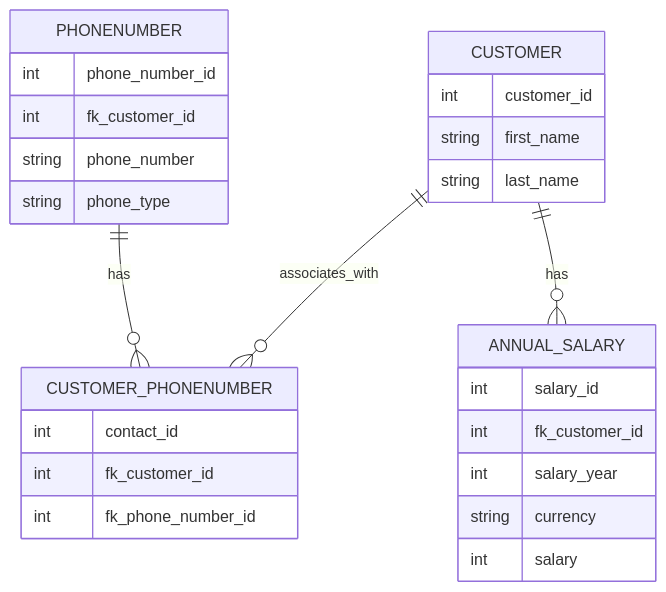
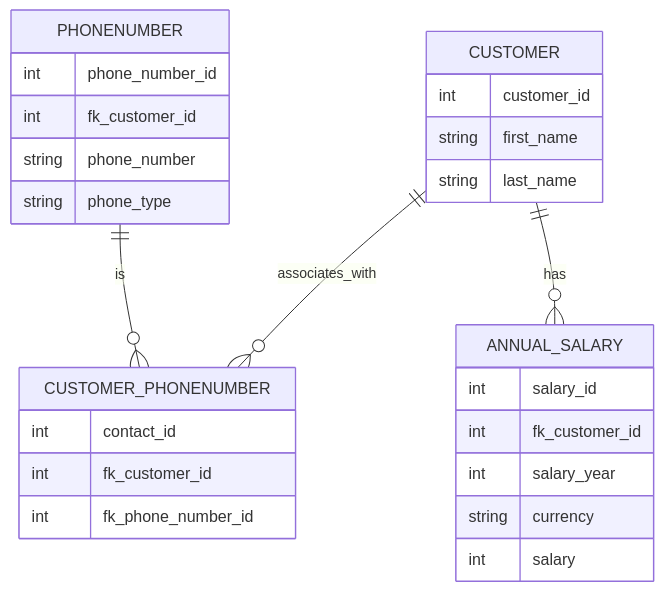
The second of 2 diagrams in docs/data_alustat/historia.md (sourander/data-alustat), drawn with Mermaid before and after one commit. The commit also changed other lines of this file and 1 other file, not shown here.

````diff
--- a/docs/data_alustat/historia.md
+++ b/docs/data_alustat/historia.md
@@ -68,33 +68,33 @@
 ```mermaid
 erDiagram
     CUSTOMER ||--o{ CUSTOMER_PHONENUMBER : associates_with
-    PHONENUMBER ||--o{ CUSTOMER_PHONENUMBER : has
+    PHONENUMBER ||--o{ CUSTOMER_PHONENUMBER : is
     CUSTOMER ||--o{ ANNUAL_SALARY : has
 
     CUSTOMER {
         int    customer_id
         string first_name
         string last_name
     }
 
     CUSTOMER_PHONENUMBER {
         int    contact_id
         int    fk_customer_id
         int    fk_phone_number_id
     }
     
     PHONENUMBER {
         int    phone_number_id
         int    fk_customer_id
         string phone_number
         string phone_type
     }
 
     ANNUAL_SALARY {
         int    salary_id
         int    fk_customer_id
         int    salary_year
         string currency
         int    salary
     }
 ```
````
